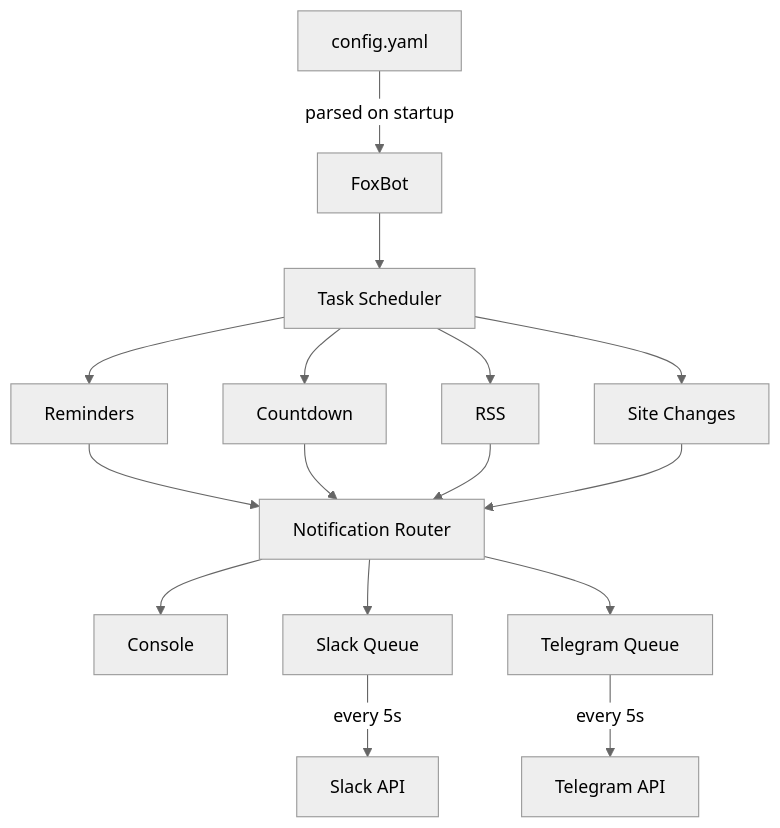
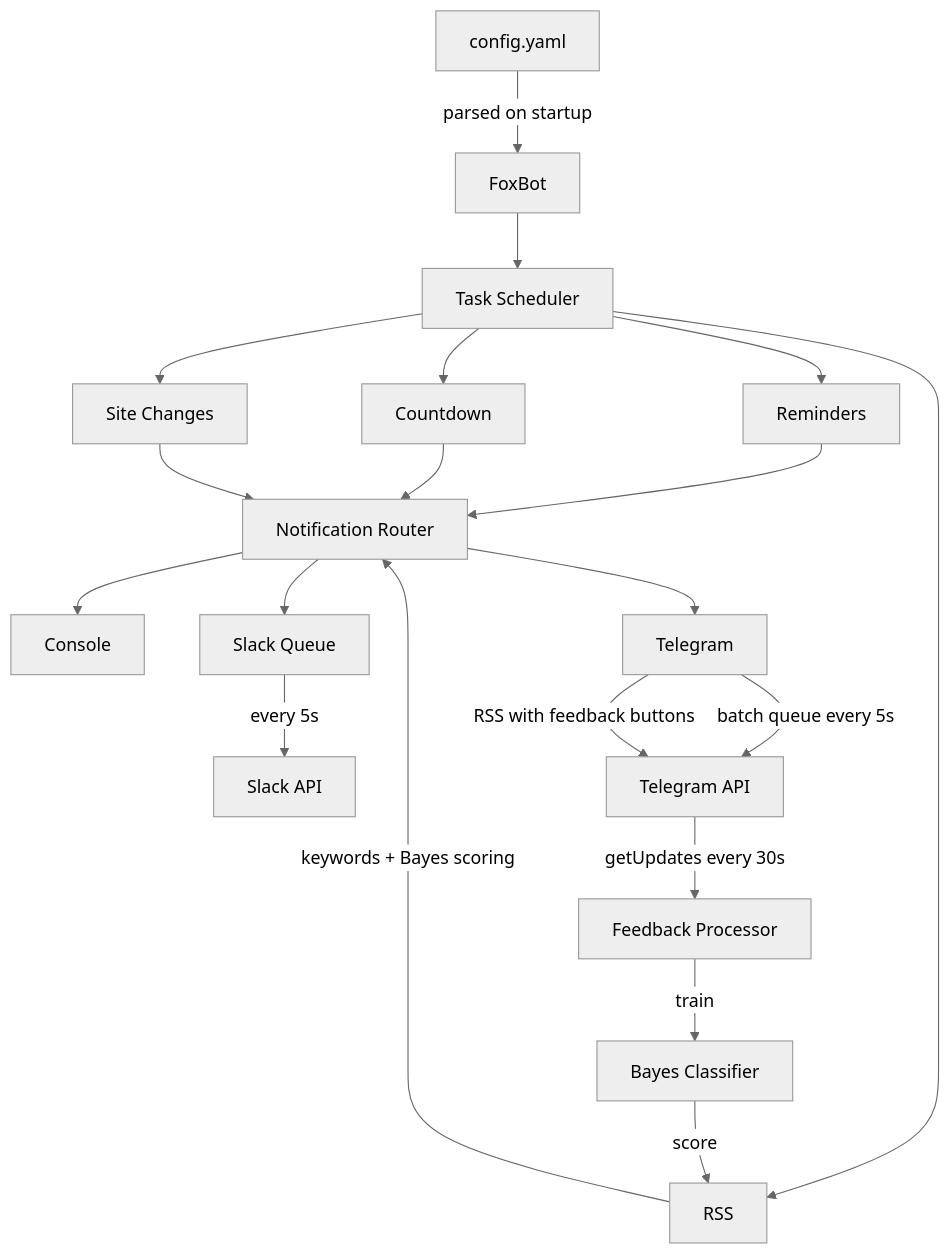
One commit to antfie/FoxBot changed the first of 7 diagrams in docs/architecture.md. Above: the diagram before and after it, drawn with Mermaid (neutral theme). The commit also changed other lines of this file and 15 other files, not shown here.

Commit message:
Add Bayes classifier for noise filtering

````diff
--- a/docs/architecture.md
+++ b/docs/architecture.md
@@ -7,18 +7,22 @@
 ```mermaid
 graph TD
     A[config.yaml] -->|parsed on startup| B[FoxBot]
     B --> C[Task Scheduler]
     C --> D[Reminders]
     C --> E[Countdown]
     C --> F[RSS]
     C --> G[Site Changes]
     D --> H[Notification Router]
     E --> H
-    F --> H
+    F -->|keywords + Bayes scoring| H
     G --> H
     H --> I[Console]
     H --> J[Slack Queue]
-    H --> K[Telegram Queue]
+    H --> K[Telegram]
     J -->|every 5s| L[Slack API]
-    K -->|every 5s| M[Telegram API]
+    K -->|batch queue every 5s| M[Telegram API]
+    K -->|RSS with feedback buttons| M
+    M -->|getUpdates every 30s| N[Feedback Processor]
+    N -->|train| O[Bayes Classifier]
+    O -->|score| F
 ```
````
